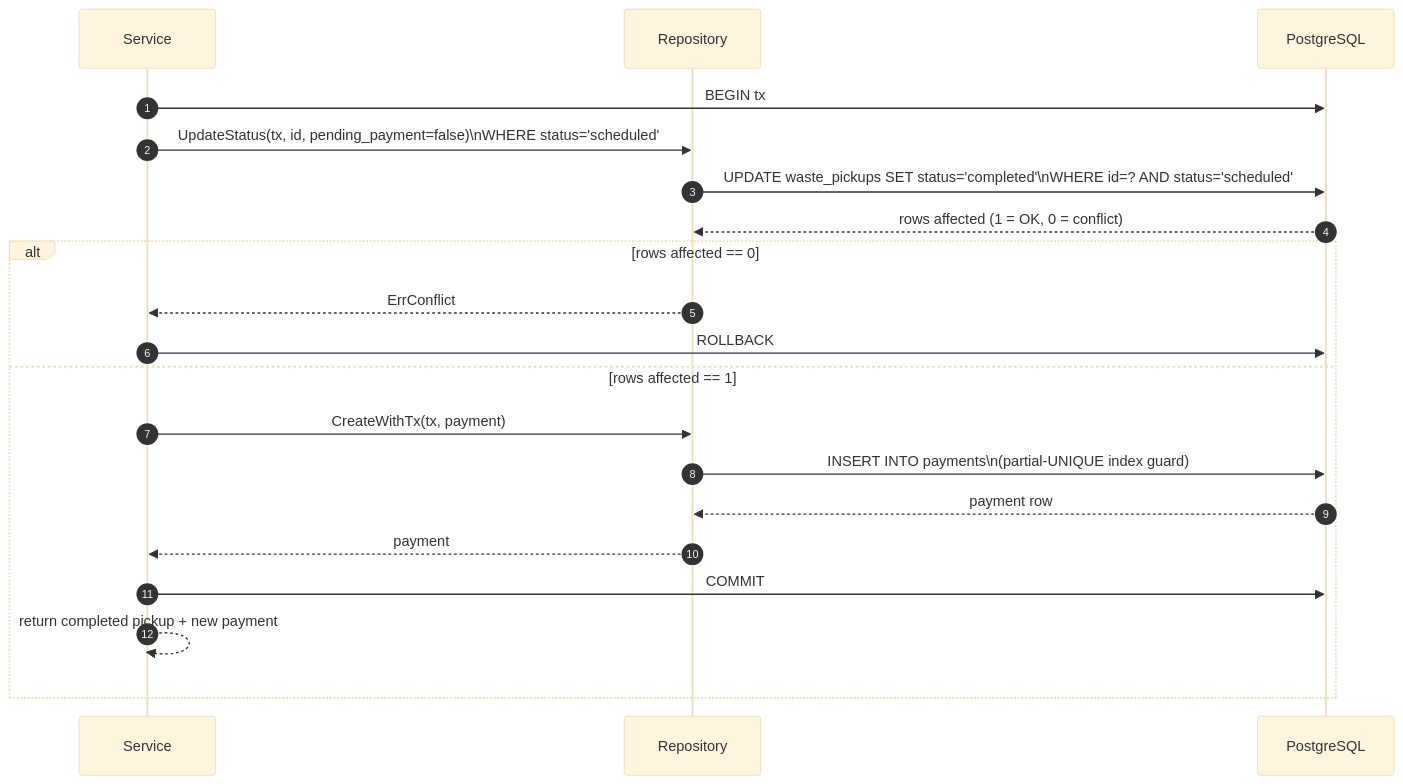
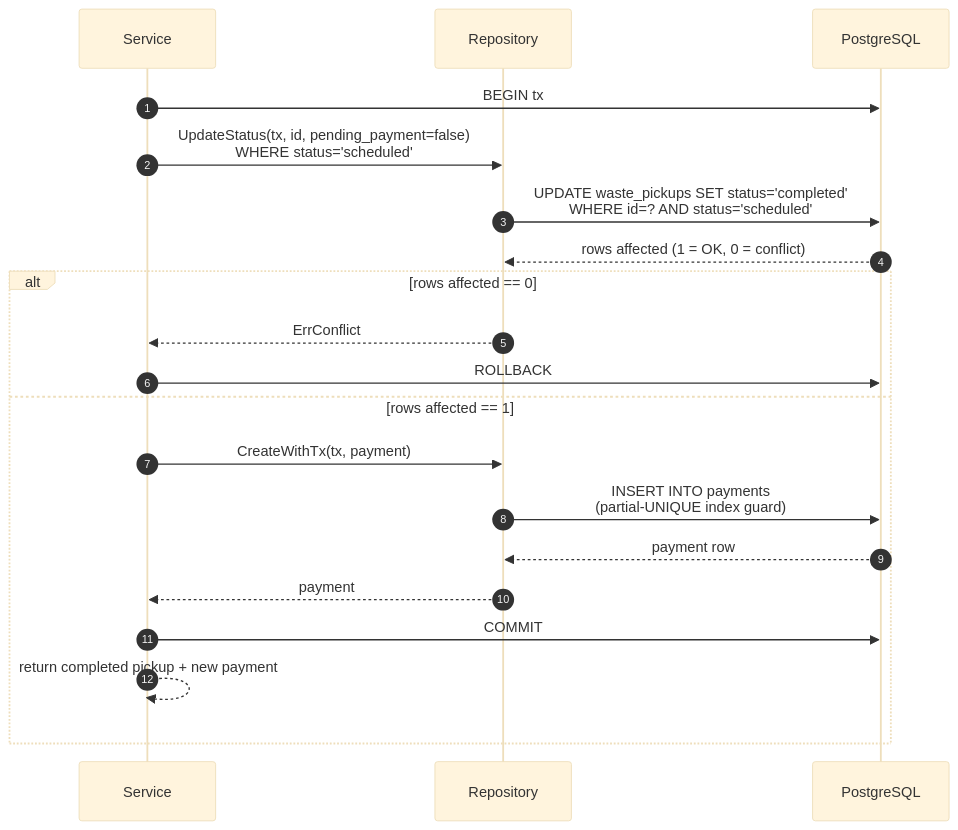
The fourth of 6 diagrams in docs/business-processes.md (fairyhunter13/community-waste-collection-system), drawn with Mermaid (base theme) before and after one commit. The commit also changed other lines of this file and 4 other files, not shown here.

First line of the commit message:
fix(docs): repair mermaid diagrams for GitHub compatibility

````diff
--- a/docs/business-processes.md
+++ b/docs/business-processes.md
@@ -80,23 +80,23 @@
 ```mermaid
 sequenceDiagram
     autonumber
     participant S as Service
     participant R as Repository
     participant DB as PostgreSQL
 
     S->>DB: BEGIN tx
-    S->>R: UpdateStatus(tx, id, pending_payment=false)\nWHERE status='scheduled'
-    R->>DB: UPDATE waste_pickups SET status='completed'\nWHERE id=? AND status='scheduled'
+    S->>R: UpdateStatus(tx, id, pending_payment=false)<br/>WHERE status='scheduled'
+    R->>DB: UPDATE waste_pickups SET status='completed'<br/>WHERE id=? AND status='scheduled'
     DB-->>R: rows affected (1 = OK, 0 = conflict)
     alt rows affected == 0
         R-->>S: ErrConflict
         S->>DB: ROLLBACK
     else rows affected == 1
         S->>R: CreateWithTx(tx, payment)
-        R->>DB: INSERT INTO payments\n(partial-UNIQUE index guard)
+        R->>DB: INSERT INTO payments<br/>(partial-UNIQUE index guard)
         DB-->>R: payment row
         R-->>S: payment
         S->>DB: COMMIT
         S-->>S: return completed pickup + new payment
     end
 ```
````
